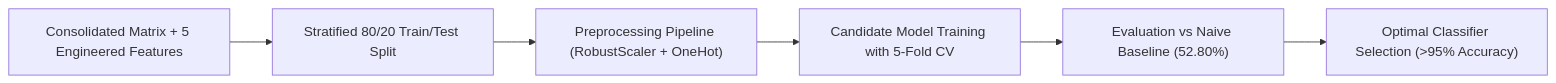
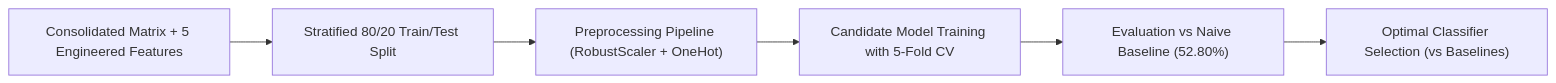
One commit to errodd/pokemon_battle_winner_predictor changed the diagram in README.md. Above: the diagram before and after it, drawn with Mermaid. The commit also changed other lines of this file and 3 other files, not shown here.

````diff
--- a/README.md
+++ b/README.md
@@ -141,8 +141,8 @@
 ```mermaid
 graph LR
     A["Consolidated Matrix + 5 Engineered Features"] --> B["Stratified 80/20 Train/Test Split"]
     B --> C["Preprocessing Pipeline (RobustScaler + OneHot)"]
     C --> D["Candidate Model Training with 5-Fold CV"]
     D --> E["Evaluation vs Naive Baseline (52.80%)"]
-    E --> F["Optimal Classifier Selection (>95% Accuracy)"]
+    E --> F["Optimal Classifier Selection (vs Baselines)"]
 ```
````
